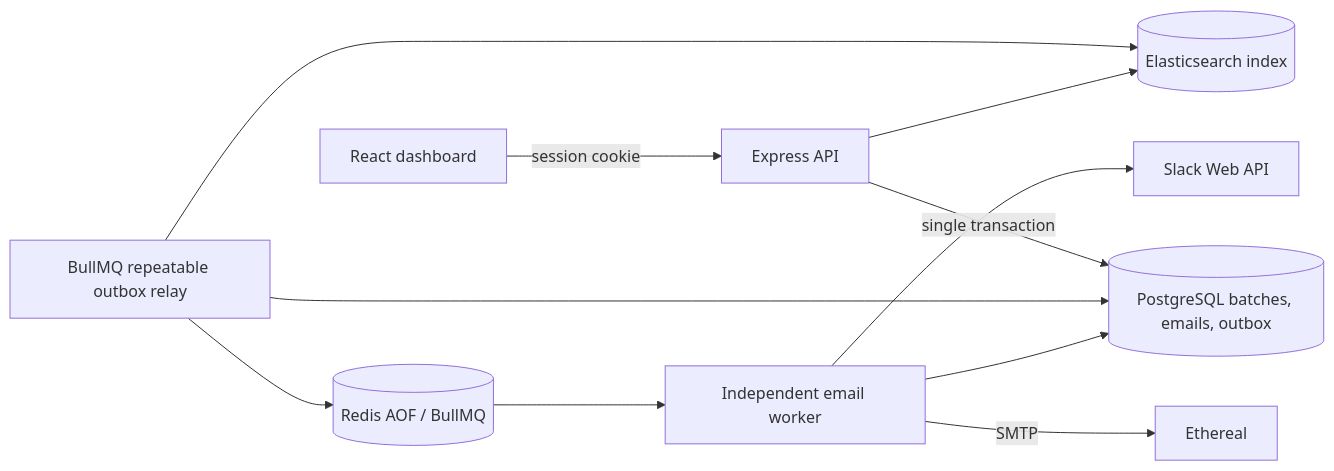
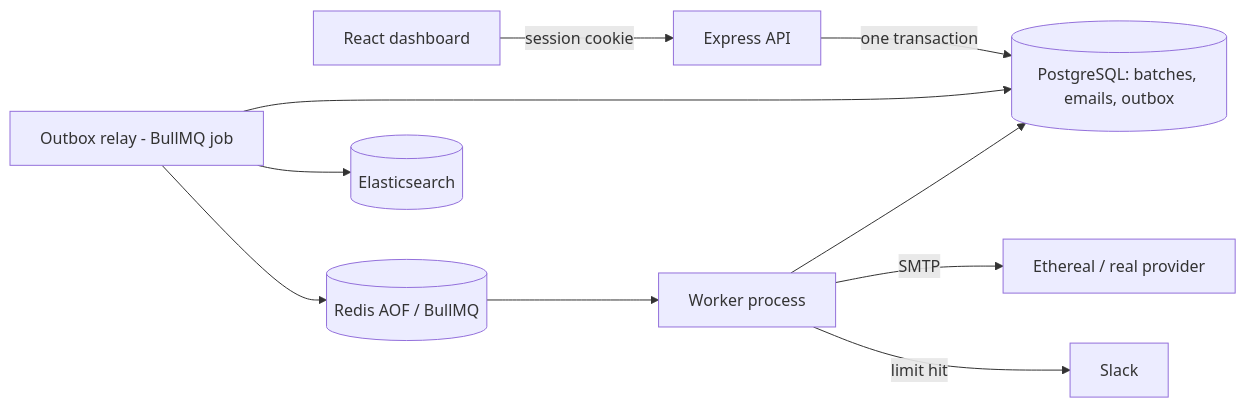
The diagram in README.md (Harshad-j/reachinbox-scheduler), drawn with Mermaid before and after one commit. The commit also changed other lines of this file, not shown here.

````diff
--- a/README.md
+++ b/README.md
@@ -19,13 +28,12 @@
 ```mermaid
 flowchart LR
-  Browser[React dashboard] -->|session cookie| API[Express API]
-  API -->|single transaction| DB[(PostgreSQL batches, emails, outbox)]
-  Relay[BullMQ repeatable outbox relay] --> DB
+  UI[React dashboard] -->|session cookie| API[Express API]
+  API -->|one transaction| DB[(PostgreSQL: batches, emails, outbox)]
+  Relay[Outbox relay - BullMQ job] --> DB
   Relay --> Q[(Redis AOF / BullMQ)]
-  Q --> Worker[Independent email worker]
-  Worker -->|SMTP| Ethereal[Ethereal]
+  Relay --> ES[(Elasticsearch)]
+  Q --> Worker[Worker process]
+  Worker -->|SMTP| SMTP[Ethereal / real provider]
   Worker --> DB
-  Relay --> ES[(Elasticsearch index)]
-  API --> ES
-  Worker --> Slack[Slack Web API]
+  Worker -->|limit hit| Slack[Slack]
 ```
````
